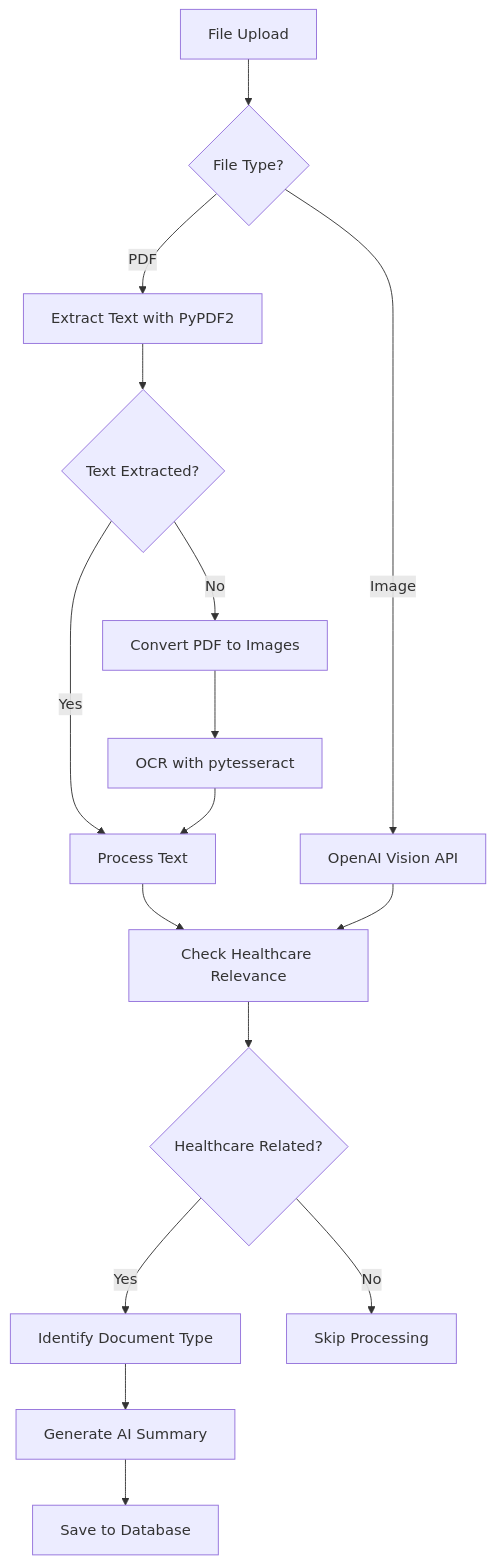
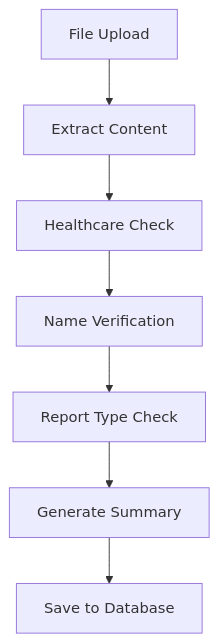
The third of 9 diagrams in README.md (harshbhaskerwar/markdown-tests), drawn with Mermaid before and after one commit. The commit also changed other lines of this file, not shown here.

````diff
--- a/README.md
+++ b/README.md
@@ -11,22 +67,9 @@
 ```mermaid
 flowchart TD
-    A[File Upload] --> B{File Type?}
-    B -->|PDF| C[Extract Text with PyPDF2]
-    B -->|Image| H[OpenAI Vision API]
-    
-    C --> D{Text Extracted?}
-    D -->|Yes| E[Process Text]
-    D -->|No| F[Convert PDF to Images]
-    F --> G[OCR with pytesseract]
-    G --> E
-    
-    E --> I[Check Healthcare Relevance]
-    H --> I
-    
-    I --> J{Healthcare Related?}
-    J -->|Yes| K[Identify Document Type]
-    J -->|No| L[Skip Processing]
-    
-    K --> M[Generate AI Summary]
-    M --> N[Save to Database]
+    A[File Upload] --> B[Extract Content]
+    B --> C[Healthcare Check]
+    C --> D[Name Verification]
+    D --> E[Report Type Check]
+    E --> F[Generate Summary]
+    F --> G[Save to Database]
 ```
````
